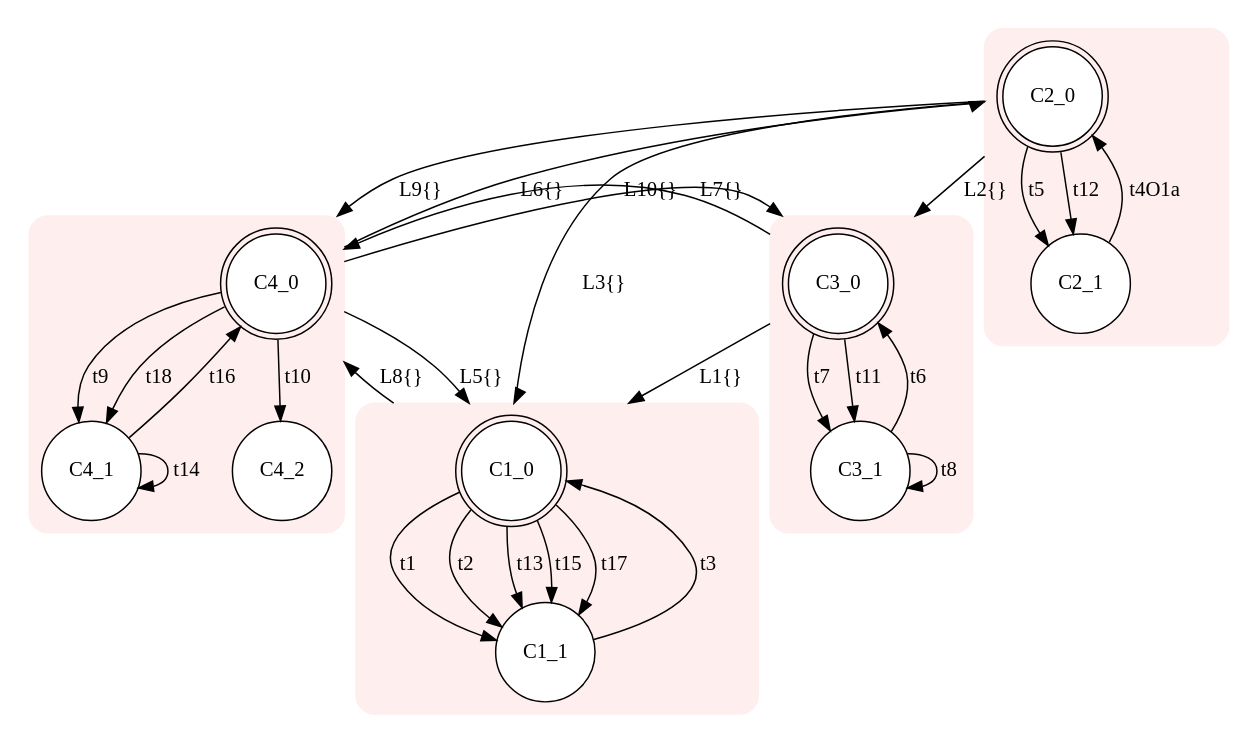
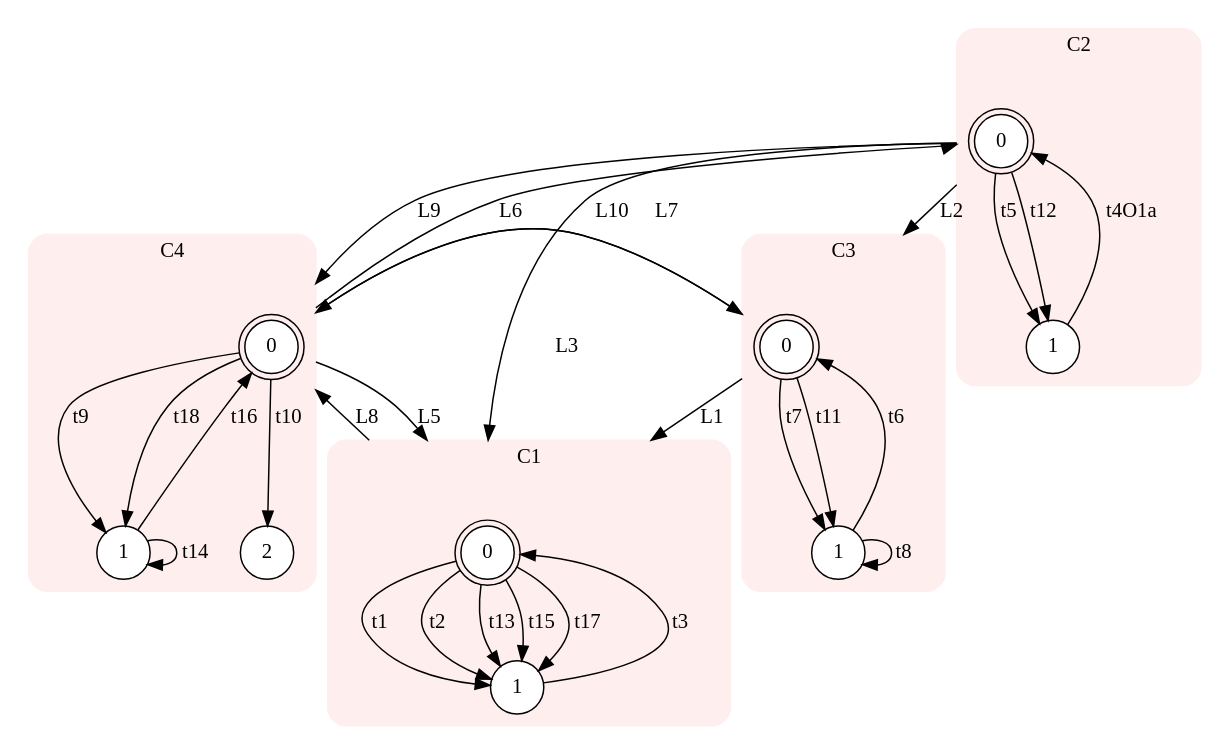
Before and after one commit to Stefano-BS/Explanatory-Diagnosis: the diagram in input/icp.dot, drawn with Graphviz. The commit also changed 40 other files, not shown here.

```diff
--- a/input/icp.dot
+++ b/input/icp.dot
@@ -1,46 +1,50 @@
 digraph "input/icp" {
 node [style=filled fillcolor=white] compound=true
+subgraph cluster0 {
+style="rounded,filled" label="C1" color="#FFEEEE"node [shape=doublecircle]; C0s0 [label=0];
+node [shape=circle];
+C0s1 [label=1]; 
+C0s0 -> C0s1 [label="t1"];
+C0s0 -> C0s1 [label="t2"];
+C0s1 -> C0s0 [label="t3"];
+C0s0 -> C0s1 [label="t13"];
+C0s0 -> C0s1 [label="t15"];
+C0s0 -> C0s1 [label="t17"];
+}
 subgraph cluster1 {
-style="rounded,filled" color="#FFEEEE"node [shape=doublecircle]; C1_0;
+style="rounded,filled" label="C2" color="#FFEEEE"node [shape=doublecircle]; C1s0 [label=0];
 node [shape=circle];
-C1_0 -> C1_1 [label="t1"];
-C1_0 -> C1_1 [label="t2"];
-C1_1 -> C1_0 [label="t3"];
-C1_0 -> C1_1 [label="t13"];
-C1_0 -> C1_1 [label="t15"];
-C1_0 -> C1_1 [label="t17"];
+C1s1 [label=1]; 
+C1s1 -> C1s0 [label="t4O1a"];
+C1s0 -> C1s1 [label="t5"];
+C1s0 -> C1s1 [label="t12"];
 }
 subgraph cluster2 {
-style="rounded,filled" color="#FFEEEE"node [shape=doublecircle]; C2_0;
+style="rounded,filled" label="C3" color="#FFEEEE"node [shape=doublecircle]; C2s0 [label=0];
 node [shape=circle];
-C2_1 -> C2_0 [label="t4O1a"];
-C2_0 -> C2_1 [label="t5"];
-C2_0 -> C2_1 [label="t12"];
+C2s1 [label=1]; 
+C2s1 -> C2s0 [label="t6"];
+C2s0 -> C2s1 [label="t7"];
+C2s1 -> C2s1 [label="t8"];
+C2s0 -> C2s1 [label="t11"];
 }
 subgraph cluster3 {
-style="rounded,filled" color="#FFEEEE"node [shape=doublecircle]; C3_0;
+style="rounded,filled" label="C4" color="#FFEEEE"node [shape=doublecircle]; C3s0 [label=0];
 node [shape=circle];
-C3_1 -> C3_0 [label="t6"];
-C3_0 -> C3_1 [label="t7"];
-C3_1 -> C3_1 [label="t8"];
-C3_0 -> C3_1 [label="t11"];
+C3s1 [label=1]; C3s2 [label=2]; 
+C3s0 -> C3s1 [label="t9"];
+C3s0 -> C3s2 [label="t10"];
+C3s1 -> C3s1 [label="t14"];
+C3s1 -> C3s0 [label="t16"];
+C3s0 -> C3s1 [label="t18"];
 }
-subgraph cluster4 {
-style="rounded,filled" color="#FFEEEE"node [shape=doublecircle]; C4_0;
-node [shape=circle];
-C4_0 -> C4_1 [label="t9"];
-C4_0 -> C4_2 [label="t10"];
-C4_1 -> C4_1 [label="t14"];
-C4_1 -> C4_0 [label="t16"];
-C4_0 -> C4_1 [label="t18"];
+C2s0 -> C0s0 [ltail=cluster2 lhead=cluster0 label="L1"];
+C1s0 -> C2s0 [ltail=cluster1 lhead=cluster2 label="L2"];
+C1s0 -> C0s0 [ltail=cluster1 lhead=cluster0 label="L3"];
+C3s0 -> C0s0 [ltail=cluster3 lhead=cluster0 label="L5"];
+C3s0 -> C1s0 [ltail=cluster3 lhead=cluster1 label="L6"];
+C3s0 -> C2s0 [ltail=cluster3 lhead=cluster2 label="L7"];
+C0s0 -> C3s0 [ltail=cluster0 lhead=cluster3 label="L8"];
+C1s0 -> C3s0 [ltail=cluster1 lhead=cluster3 label="L9"];
+C2s0 -> C3s0 [ltail=cluster2 lhead=cluster3 label="L10"];
 }
-C3_0 -> C1_0 [ltail=cluster3 lhead=cluster1 label="L1{}"];
-C2_0 -> C3_0 [ltail=cluster2 lhead=cluster3 label="L2{}"];
-C2_0 -> C1_0 [ltail=cluster2 lhead=cluster1 label="L3{}"];
-C4_0 -> C1_0 [ltail=cluster4 lhead=cluster1 label="L5{}"];
-C4_0 -> C2_0 [ltail=cluster4 lhead=cluster2 label="L6{}"];
-C4_0 -> C3_0 [ltail=cluster4 lhead=cluster3 label="L7{}"];
-C1_0 -> C4_0 [ltail=cluster1 lhead=cluster4 label="L8{}"];
-C2_0 -> C4_0 [ltail=cluster2 lhead=cluster4 label="L9{}"];
-C3_0 -> C4_0 [ltail=cluster3 lhead=cluster4 label="L10{}"];
-}
```
